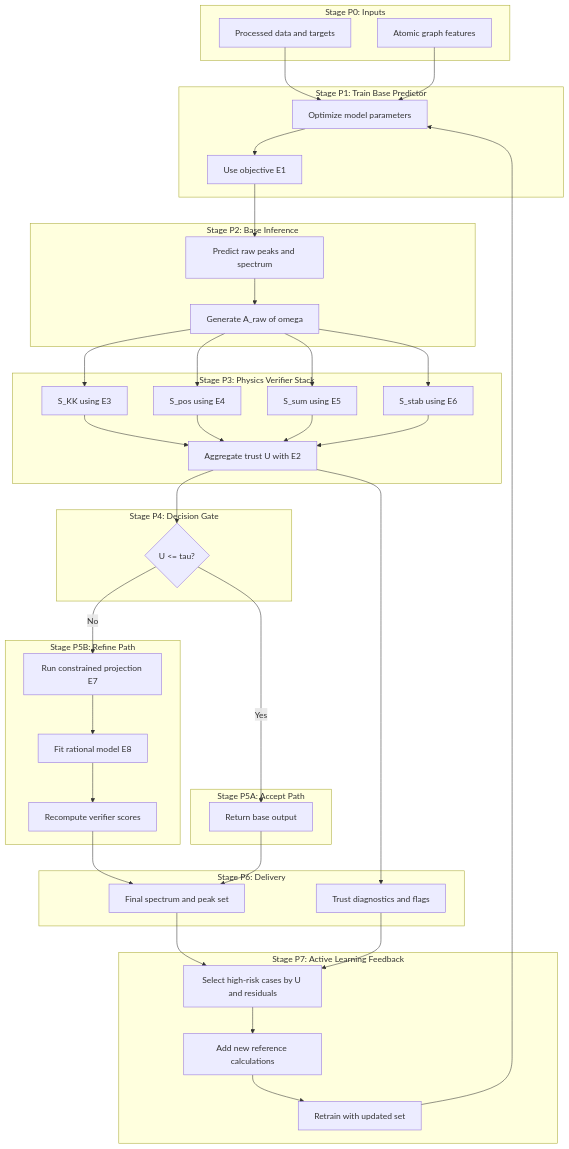
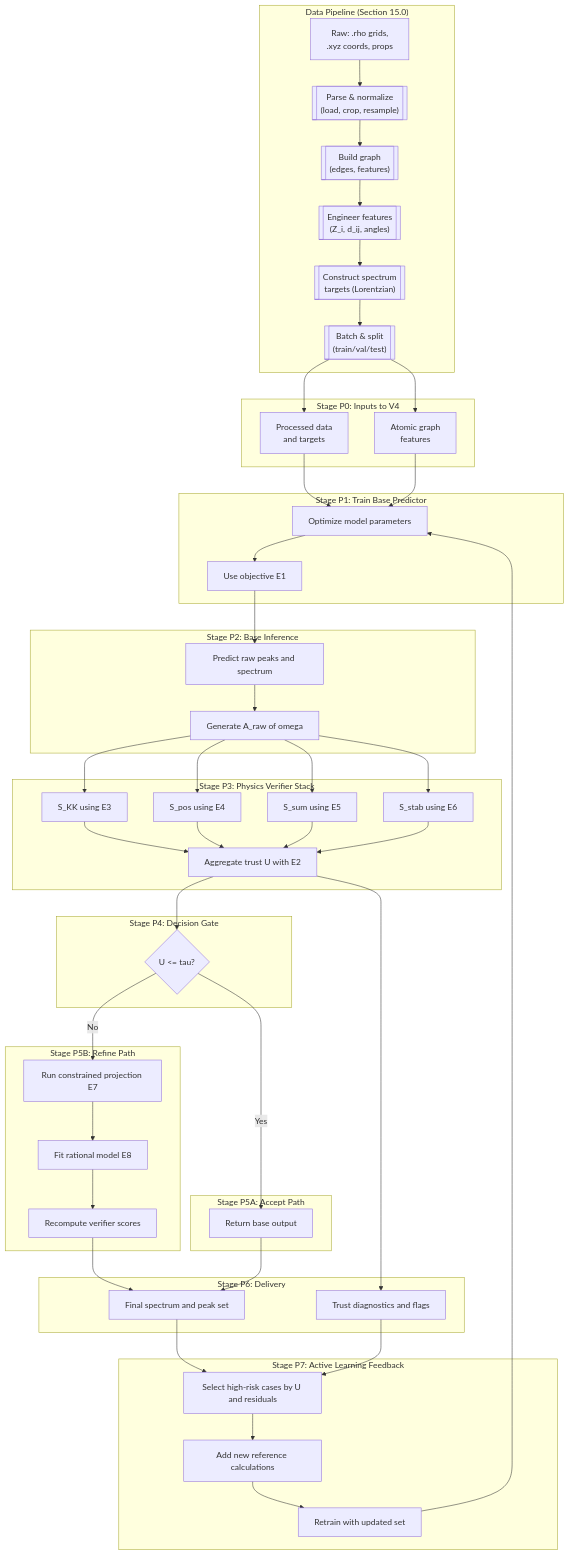
One commit to Galabavamsi/Electron-GNN changed the fifth of 8 diagrams in docs/REPORT_PLAN_V4.md. Above: the diagram before and after it, drawn with Mermaid. The commit also changed other lines of this file, not shown here.

Commit message:
docs: expand REPORT_PLAN_V4 with raw data pipeline details and processing steps

````diff
--- a/docs/REPORT_PLAN_V4.md
+++ b/docs/REPORT_PLAN_V4.md
@@ -459,8 +572,17 @@
 ```mermaid
 flowchart TB
-    subgraph P0[Stage P0: Inputs]
-        X1[Processed data and targets]
-        X2[Atomic graph features]
+    subgraph DP["Data Pipeline (Section 15.0)"]
+        DP1["Raw: .rho grids,<br/>.xyz coords, props"]
+        DP2[["Parse & normalize<br/>(load, crop, resample)"]]
+        DP3[["Build graph<br/>(edges, features)"]]
+        DP4[["Engineer features<br/>(Z_i, d_ij, angles)"]]
+        DP5[["Construct spectrum<br/>targets (Lorentzian)"]]
+        DP6[["Batch & split<br/>(train/val/test)"]]
+    end
+
+    subgraph P0[Stage P0: Inputs to V4]
+        X1["Processed data<br/>and targets"]
+        X2["Atomic graph<br/>features"]
     end
 
     subgraph P1[Stage P1: Train Base Predictor]
@@ -506,6 +628,14 @@
         F3[Retrain with updated set]
     end
 
+    DP1 --> DP2
+    DP2 --> DP3
+    DP3 --> DP4
+    DP4 --> DP5
+    DP5 --> DP6
+    DP6 --> X1
+    DP6 --> X2
+
     X1 --> T1
     X2 --> T1
     T1 --> T2
````
